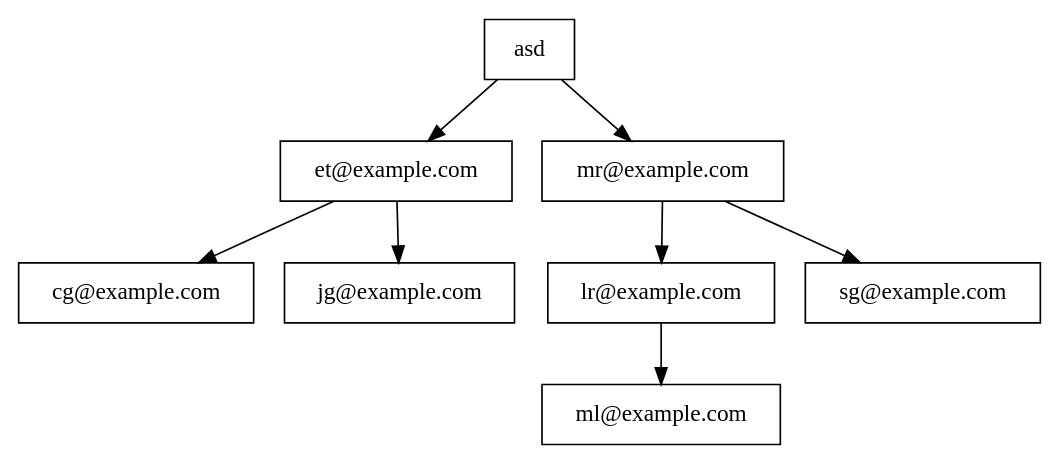
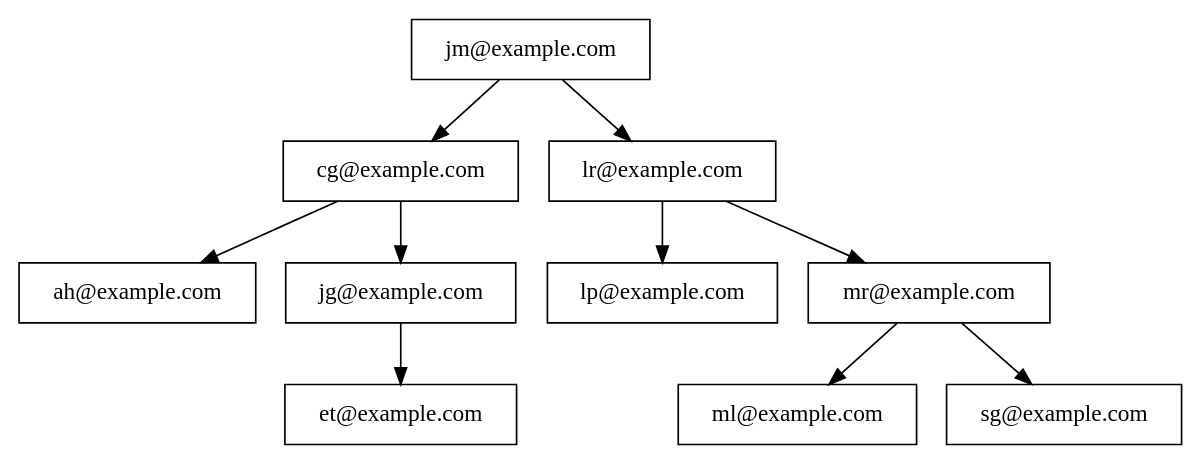
One commit to Kevin-alvarez1/PROYECTO_MULTIFASES_RED_SOCIAL changed the diagram in Fase2/main/build/Desktop_Qt_6_7_2_MinGW_64_bit-Debug/Arbol_Usuarios.dot. Above: the diagram before and after it, drawn with Graphviz. The commit also changed 26 other files, not shown here.

```diff
--- a/Fase2/main/build/Desktop_Qt_6_7_2_MinGW_64_bit-Debug/Arbol_Usuarios.dot
+++ b/Fase2/main/build/Desktop_Qt_6_7_2_MinGW_64_bit-Debug/Arbol_Usuarios.dot
@@ -1,10 +1,12 @@
 digraph AVLTree {
     node [shape=record];
-    "asd" -> "et@example.com";
-    "asd" -> "mr@example.com";
-    "et@example.com" -> "cg@example.com";
-    "et@example.com" -> "jg@example.com";
-    "mr@example.com" -> "lr@example.com";
+    "jm@example.com" -> "cg@example.com";
+    "jm@example.com" -> "lr@example.com";
+    "cg@example.com" -> "ah@example.com";
+    "cg@example.com" -> "jg@example.com";
+    "jg@example.com" -> "et@example.com";
+    "lr@example.com" -> "lp@example.com";
+    "lr@example.com" -> "mr@example.com";
+    "mr@example.com" -> "ml@example.com";
     "mr@example.com" -> "sg@example.com";
-    "lr@example.com" -> "ml@example.com";
 }
```
